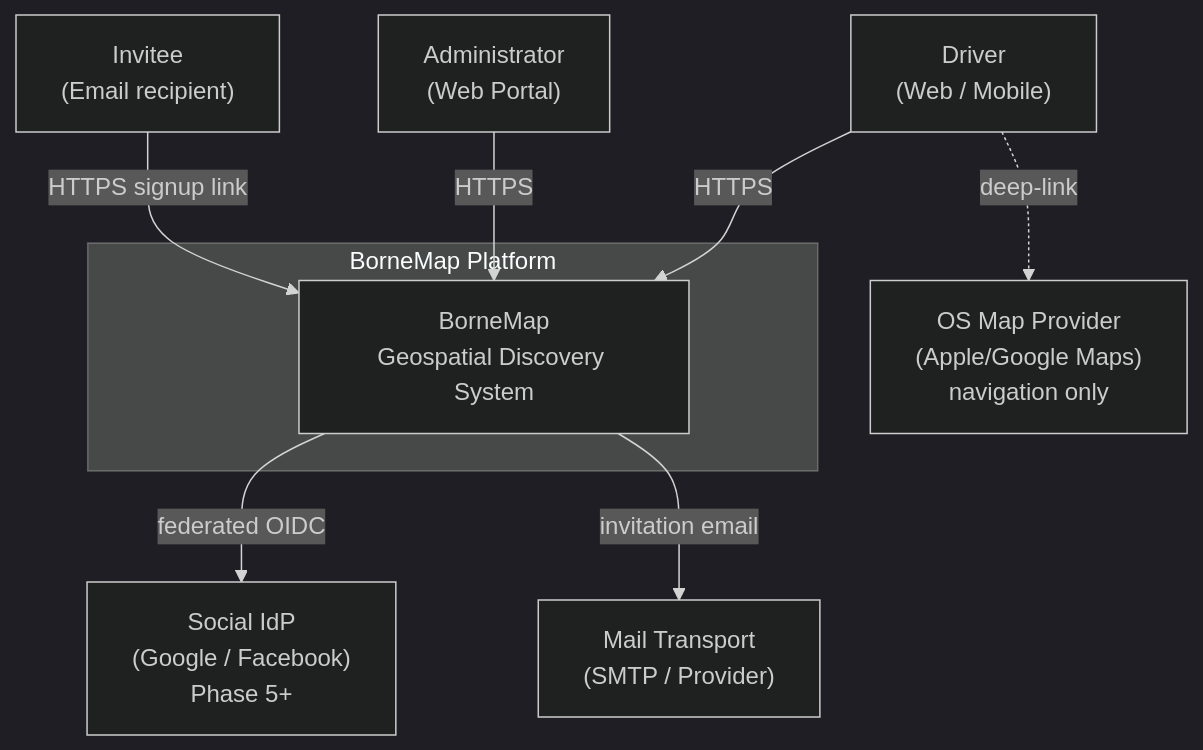
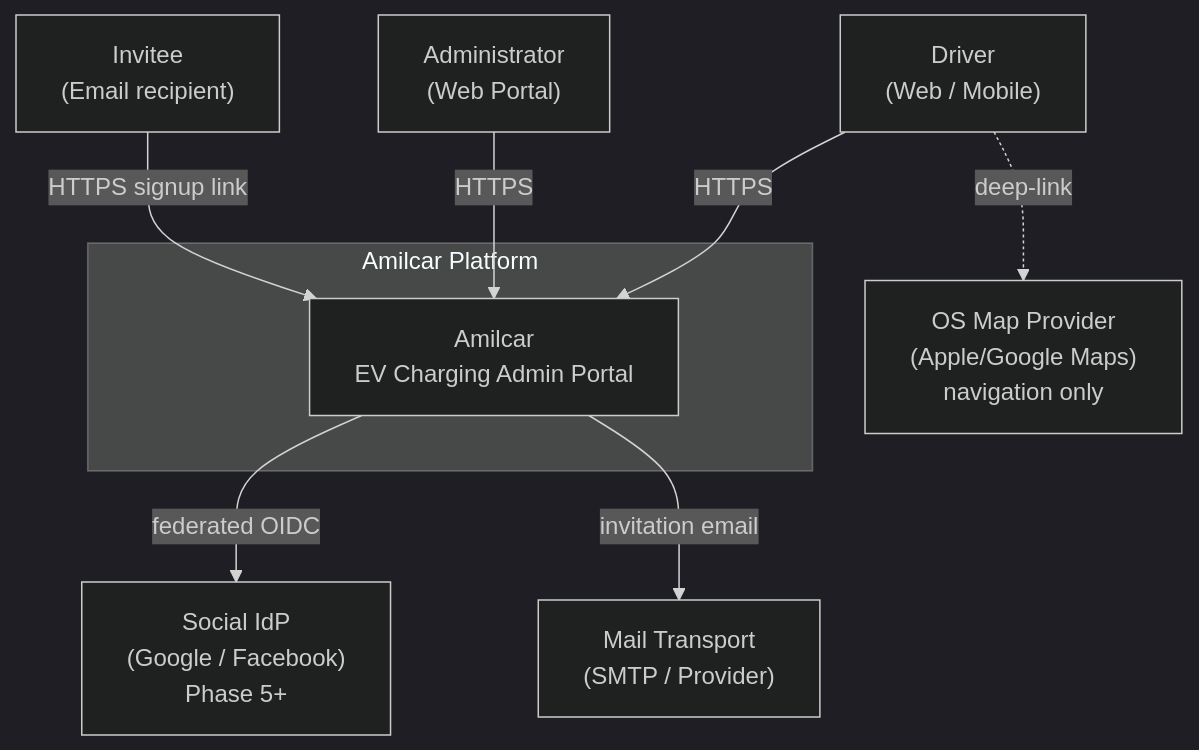
The first of 9 diagrams in docs/architecture.md (mezni/blueprint-generator), drawn with Mermaid (dark theme) before and after one commit. The commit also changed other lines of this file and 3 other files, not shown here.

Commit message:
docs: amend constitution to v2.0.0 (domain shift to EV Charging Admin Portal)

````diff
--- a/docs/architecture.md
+++ b/docs/architecture.md
@@ -14,20 +14,20 @@
 ```mermaid
 flowchart TB
     driver["Driver<br/>(Web / Mobile)"]
     admin["Administrator<br/>(Web Portal)"]
     invitee["Invitee<br/>(Email recipient)"]
     osMaps["OS Map Provider<br/>(Apple/Google Maps)<br/>navigation only"]
     social["Social IdP<br/>(Google / Facebook)<br/>Phase 5+"]
     mailer["Mail Transport<br/>(SMTP / Provider)"]
 
-    subgraph platform["BorneMap Platform"]
-        bm["BorneMap<br/>Geospatial Discovery System"]
+    subgraph platform["Amilcar Platform"]
+        bm["Amilcar<br/>EV Charging Admin Portal"]
     end
 
     driver -->|HTTPS| bm
     admin -->|HTTPS| bm
     invitee -->|HTTPS signup link| bm
     bm -->|federated OIDC| social
     bm -->|invitation email| mailer
     driver -.deep-link.-> osMaps
 ```
````
